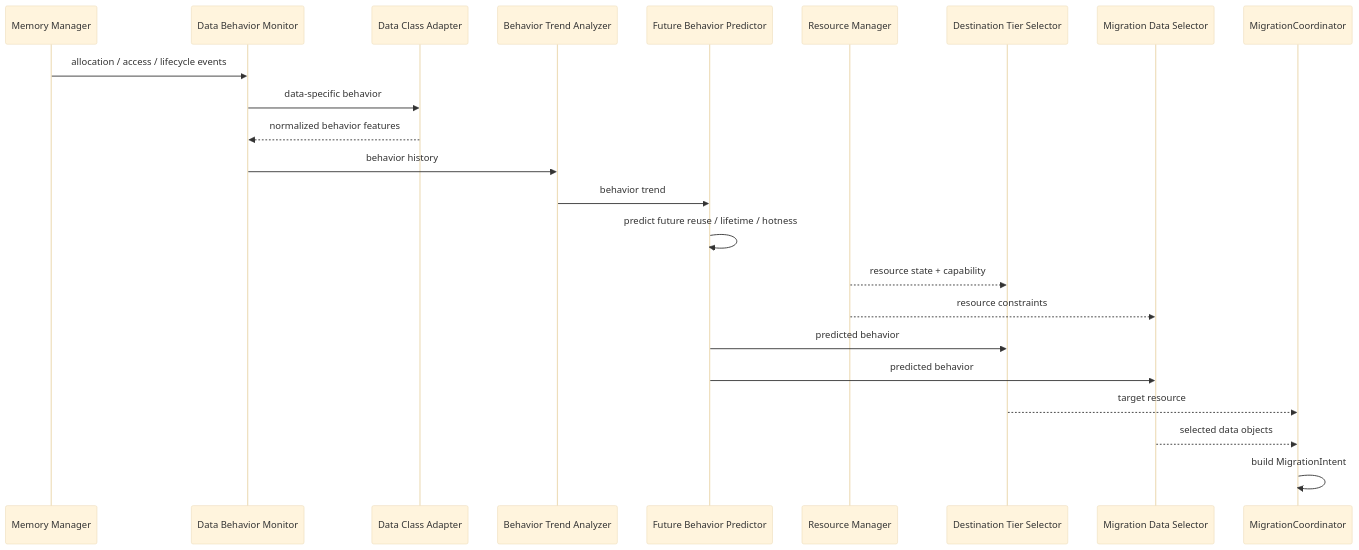
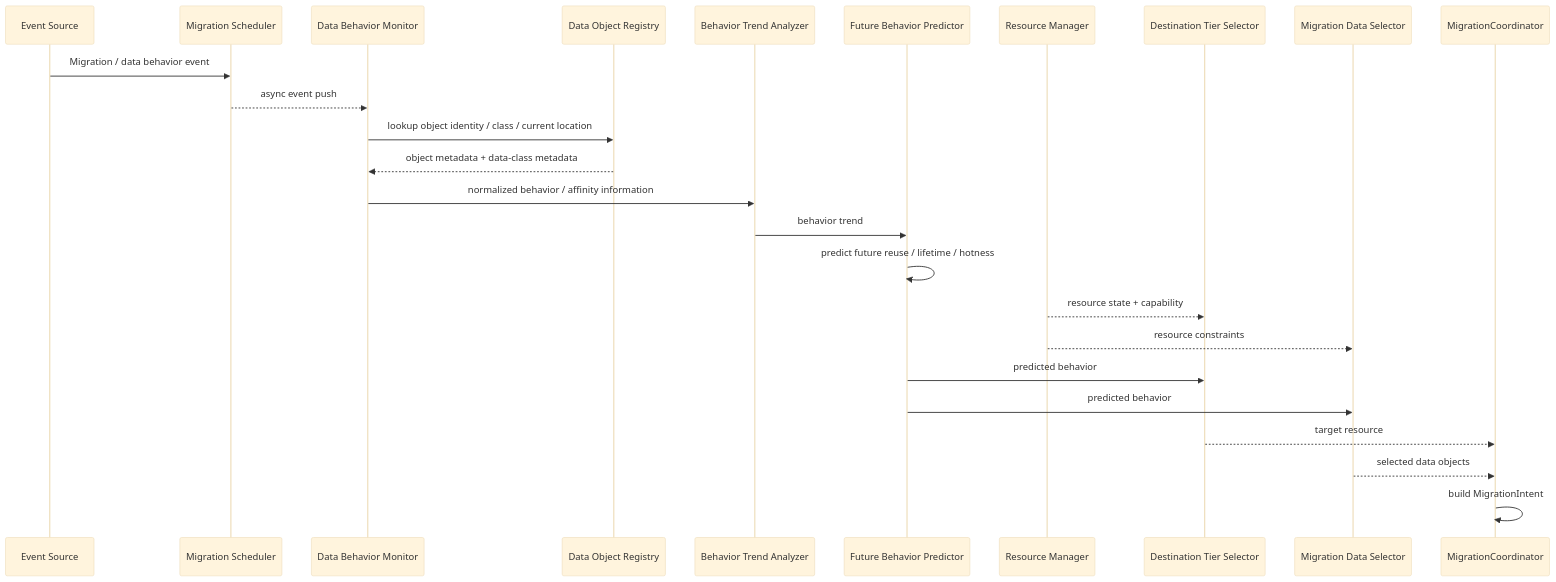
Before and after one commit to mkim0628/vllm: the fourth of 4 diagrams in doc-mk/DP1/dp1-ai-data-migration-decision-architecture.md, drawn with Mermaid (base theme). The commit also changed other lines of this file, not shown here.

Commit message:
docs: update DP1 event-driven migration scheduler and data registry

```diff
--- a/doc-mk/DP1/dp1-ai-data-migration-decision-architecture.md
+++ b/doc-mk/DP1/dp1-ai-data-migration-decision-architecture.md
@@ -725,30 +969,33 @@
 ~~~mermaid
 sequenceDiagram
-    participant MM as Memory Manager
+    participant E as Event Source
+    participant MS as Migration Scheduler
     participant DBM as Data Behavior Monitor
-    participant DCA as Data Class Adapter
+    participant DOR as Data Object Registry
     participant BTA as Behavior Trend Analyzer
     participant FBP as Future Behavior Predictor
     participant RM as Resource Manager
     participant DTS as Destination Tier Selector
     participant MDS as Migration Data Selector
     participant MC as MigrationCoordinator
 
-    MM->>DBM: allocation / access / lifecycle events
-    DBM->>DCA: data-specific behavior
-    DCA-->>DBM: normalized behavior features
+    E->>MS: Migration / data behavior event
+    MS-->>DBM: async event push
 
-    DBM->>BTA: behavior history
+    DBM->>DOR: lookup object identity / class / current location
+    DOR-->>DBM: object metadata + data-class metadata
+
+    DBM->>BTA: normalized behavior / affinity information
     BTA->>FBP: behavior trend
     FBP->>FBP: predict future reuse / lifetime / hotness
 
     RM-->>DTS: resource state + capability
     RM-->>MDS: resource constraints
 
     FBP->>DTS: predicted behavior
     FBP->>MDS: predicted behavior
 
     DTS-->>MC: target resource
     MDS-->>MC: selected data objects
     MC->>MC: build MigrationIntent
 ~~~
```
